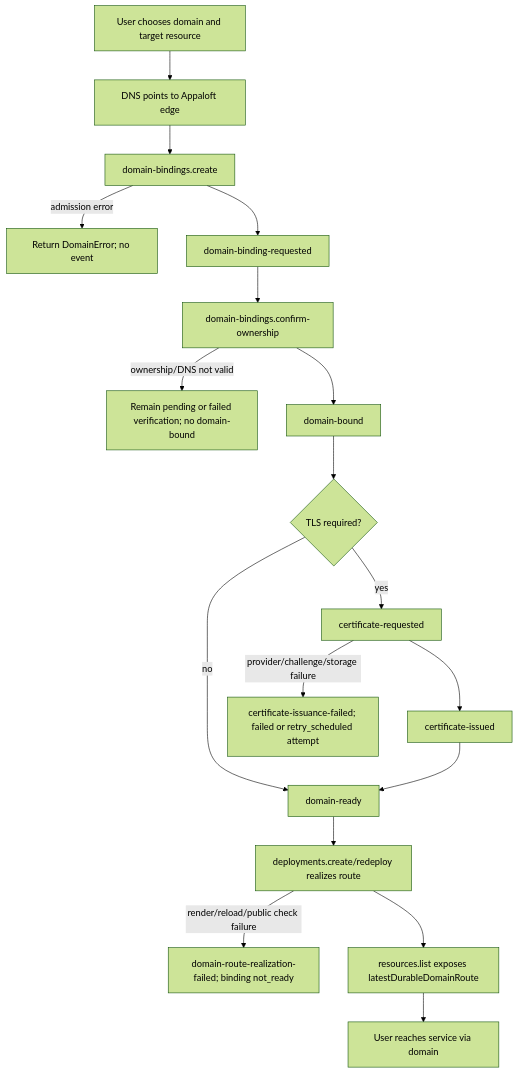
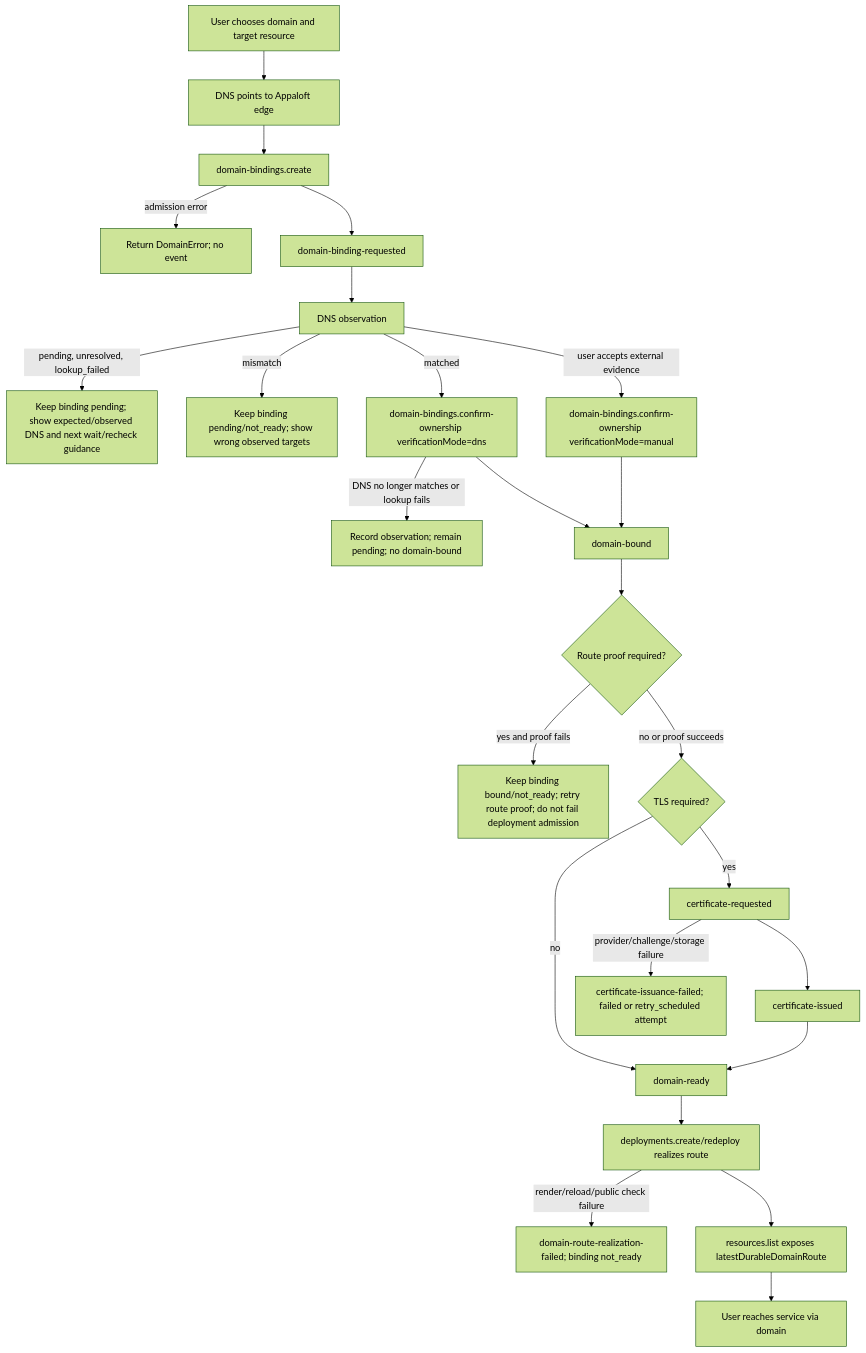
The second of 2 diagrams in docs/workflows/routing-domain-and-tls.md (appaloft/appaloft), drawn with Mermaid (forest theme) before and after one commit. The commit also changed other lines of this file and 51 other files, not shown here.

Commit message:
feat: add dns-gated domain ownership verification

````diff
--- a/docs/workflows/routing-domain-and-tls.md
+++ b/docs/workflows/routing-domain-and-tls.md
@@ -90,20 +104,27 @@
 ```mermaid
 flowchart TD
   A["User chooses domain and target resource"] --> B["DNS points to Appaloft edge"]
   B --> C["domain-bindings.create"]
   C -->|admission error| C1["Return DomainError; no event"]
   C --> D["domain-binding-requested"]
-  D --> E["domain-bindings.confirm-ownership"]
-  E -->|ownership/DNS not valid| E1["Remain pending or failed verification; no domain-bound"]
+  D --> D1["DNS observation"]
+  D1 -->|pending, unresolved, lookup_failed| D2["Keep binding pending; show expected/observed DNS and next wait/recheck guidance"]
+  D1 -->|mismatch| D3["Keep binding pending/not_ready; show wrong observed targets"]
+  D1 -->|matched| E["domain-bindings.confirm-ownership verificationMode=dns"]
+  D1 -->|user accepts external evidence| E0["domain-bindings.confirm-ownership verificationMode=manual"]
+  E -->|DNS no longer matches or lookup fails| E1["Record observation; remain pending; no domain-bound"]
+  E0 --> F
   E --> F["domain-bound"]
-  F --> G{"TLS required?"}
+  F --> F1{"Route proof required?"}
+  F1 -->|yes and proof fails| F2["Keep binding bound/not_ready; retry route proof; do not fail deployment admission"]
+  F1 -->|no or proof succeeds| G{"TLS required?"}
   G -->|no| H["domain-ready"]
   G -->|yes| I["certificate-requested"]
   I -->|provider/challenge/storage failure| I1["certificate-issuance-failed; failed or retry_scheduled attempt"]
   I --> J["certificate-issued"]
   J --> H
   H --> K["deployments.create/redeploy realizes route"]
   K -->|render/reload/public check failure| K1["domain-route-realization-failed; binding not_ready"]
   K --> L["resources.list exposes latestDurableDomainRoute"]
   L --> M["User reaches service via domain"]
 ```
````
